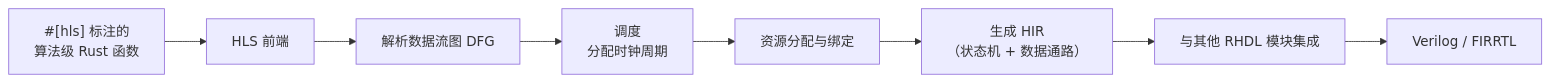
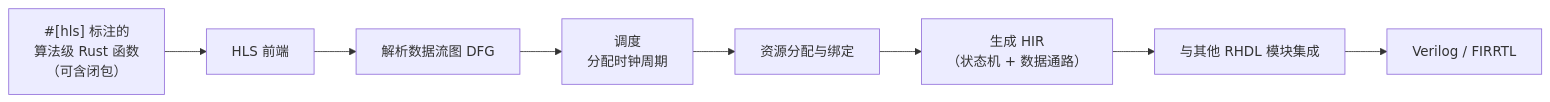
Before and after one commit to TangCan/bitloom: diagram 17 of 25 in docs/requirements/2. 设计目标.md, drawn with Mermaid. The commit also changed other lines of this file and 17 other files, not shown here.

````diff
--- a/docs/requirements/2. 设计目标.md
+++ b/docs/requirements/2. 设计目标.md
@@ -364,11 +390,10 @@
 ```mermaid
 flowchart LR
-    A["#[hls] 标注的<br>算法级 Rust 函数"] --> B[HLS 前端]
+    A["#[hls] 标注的<br>算法级 Rust 函数<br>（可含闭包）"] --> B[HLS 前端]
     B --> C[解析数据流图 DFG]
     C --> D[调度<br>分配时钟周期]
     D --> E[资源分配与绑定]
     E --> F[生成 HIR<br>（状态机 + 数据通路）]
     F --> G[与其他 RHDL 模块集成]
     G --> H[Verilog / FIRRTL]
-
 ```
````
